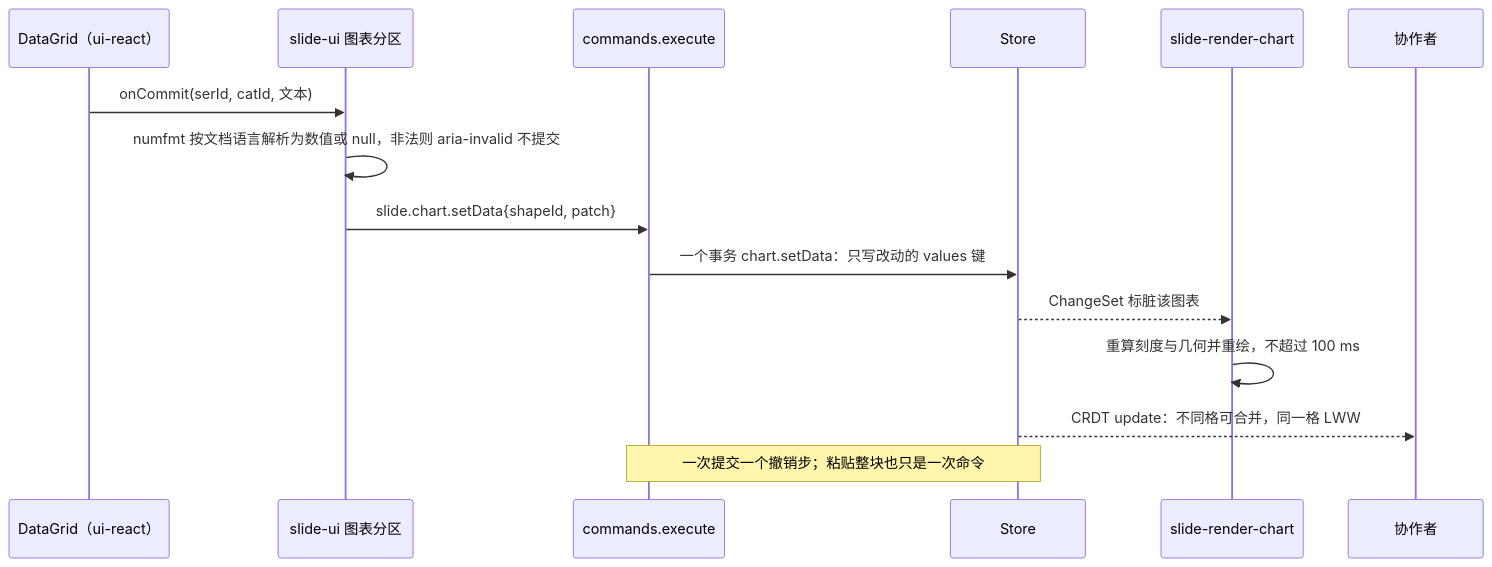
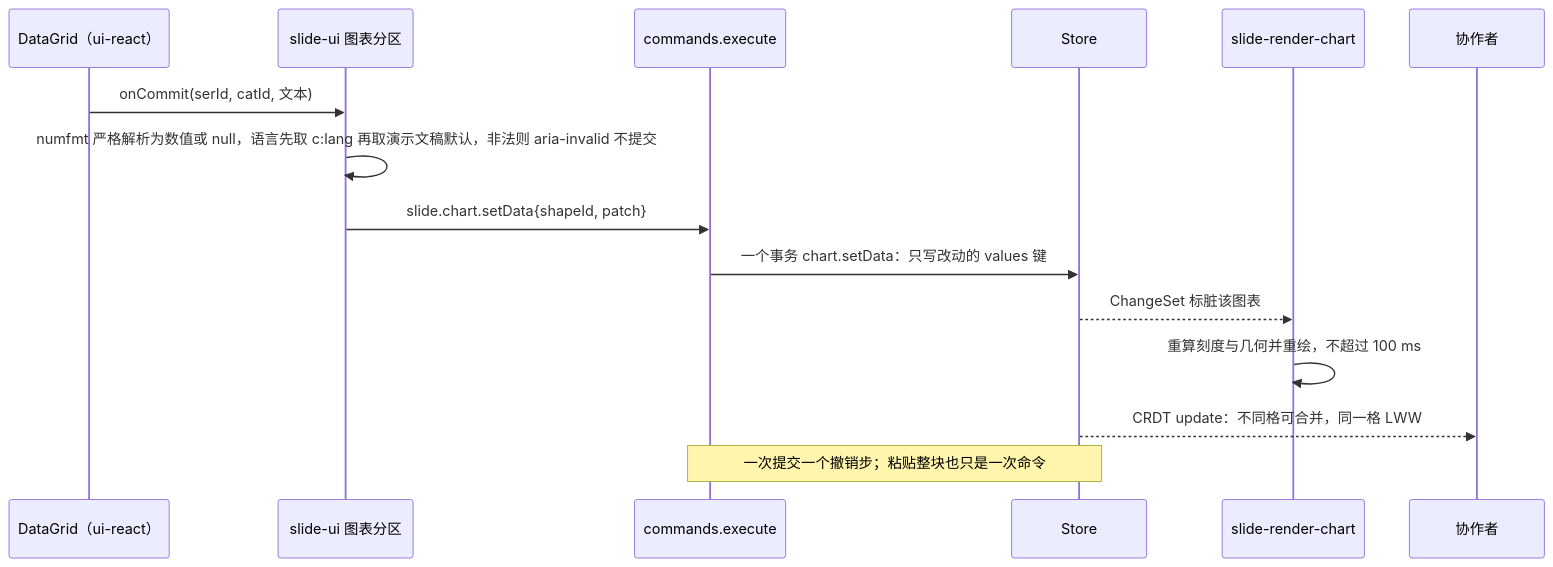
One commit to Xeonice/cordis-ppt-editor changed diagram 11 of 13 in docs/50-frontend/24-elements-tables-and-charts.md. Above: the diagram before and after it, drawn with Mermaid. The commit also changed other lines of this file and 12 other files, not shown here.

````diff
--- a/docs/50-frontend/24-elements-tables-and-charts.md
+++ b/docs/50-frontend/24-elements-tables-and-charts.md
@@ -586,17 +595,17 @@
 ```mermaid
 sequenceDiagram
   participant grid as DataGrid（ui-react）
   participant sec as slide-ui 图表分区
   participant cmds as commands.execute
   participant store as Store
   participant chart as slide-render-chart
   participant peer as 协作者
   grid->>sec: onCommit(serId, catId, 文本)
-  sec->>sec: numfmt 按文档语言解析为数值或 null，非法则 aria-invalid 不提交
+  sec->>sec: numfmt 严格解析为数值或 null，语言先取 c:lang 再取演示文稿默认，非法则 aria-invalid 不提交
   sec->>cmds: slide.chart.setData{shapeId, patch}
   cmds->>store: 一个事务 chart.setData：只写改动的 values 键
   store-->>chart: ChangeSet 标脏该图表
   chart->>chart: 重算刻度与几何并重绘，不超过 100 ms
   store-->>peer: CRDT update：不同格可合并，同一格 LWW
   Note over cmds,store: 一次提交一个撤销步；粘贴整块也只是一次命令
 ```
````
